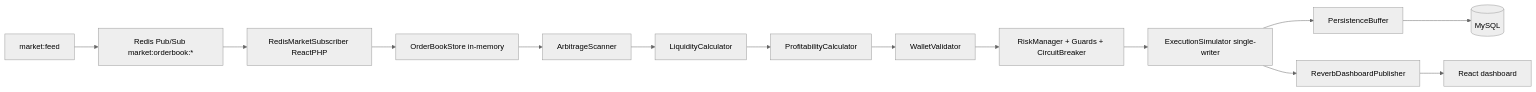
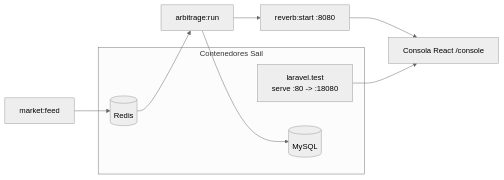
Before and after one commit to abiside/coding-challenge-mexico: the second of 2 diagrams in README.md, drawn with Mermaid (neutral theme). The commit also changed other lines of this file and 46 other files, not shown here.

````diff
--- a/README.md
+++ b/README.md
@@ -218,16 +230,14 @@
 ```mermaid
 flowchart LR
-    feed[market:feed] --> redis["Redis Pub/Sub market:orderbook:*"]
-    redis --> sub[RedisMarketSubscriber ReactPHP]
-    sub --> store[OrderBookStore in-memory]
-    store --> scan[ArbitrageScanner]
-    scan --> liq[LiquidityCalculator]
-    liq --> profit[ProfitabilityCalculator]
-    profit --> wallet[WalletValidator]
-    wallet --> risk[RiskManager + Guards + CircuitBreaker]
-    risk --> exec[ExecutionSimulator single-writer]
-    exec --> buffer[PersistenceBuffer]
-    buffer --> mysql[(MySQL)]
-    exec --> dash[ReverbDashboardPublisher]
-    dash --> react[React dashboard]
+    subgraph Docker [Contenedores Sail]
+        app[laravel.test\nserve :80 -> :18080]
+        mysql[(MySQL)]
+        redis[(Redis)]
+    end
+    feed[market:feed] --> redis
+    redis --> engine[arbitrage:run]
+    engine --> mysql
+    engine --> reverb[reverb:start :8080]
+    reverb --> browser[Consola React /console]
+    app --> browser
 ```
````
